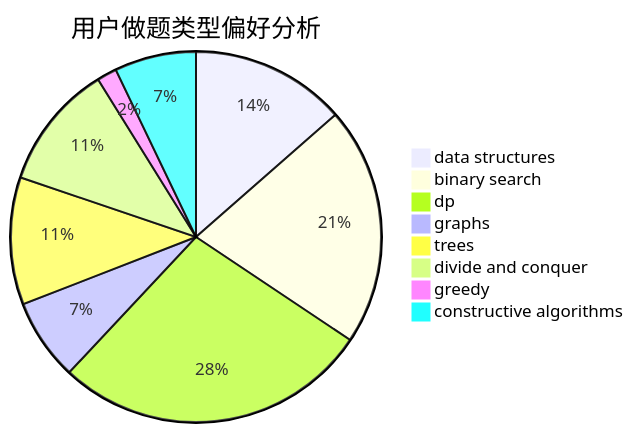
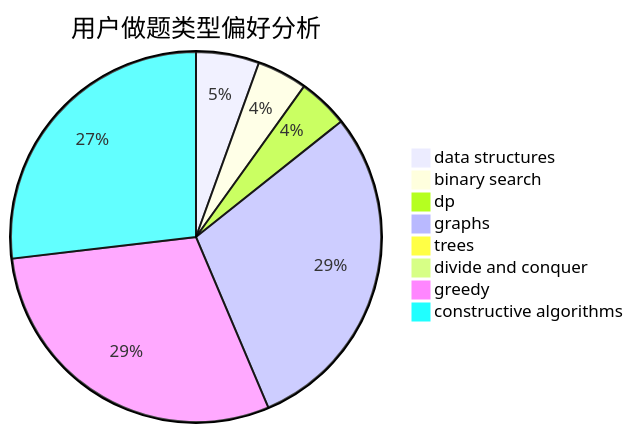
One commit to sherpahu/cfrs.github.io changed the second of 3 diagrams in docs/user/u478.md. Above: the diagram before and after it, drawn with Mermaid. The commit also changed other lines of this file and 2770 other files, not shown here.

````diff
--- a/docs/user/u478.md
+++ b/docs/user/u478.md
@@ -23,11 +23,11 @@
 ```mermaid
 pie title 用户做题类型偏好分析
-    "data structures" :  78
-    "binary search" :  120
-    "dp" :  159
-    "graphs" :  41
-    "trees" :  64
-    "divide and conquer" :  63
-    "greedy" :  10
-    "constructive algorithms" :  41
+    "data structures" :  54
+    "binary search" :  43
+    "dp" :  43
+    "graphs" :  287
+    "trees" :  8
+    "divide and conquer" :  0
+    "greedy" :  289
+    "constructive algorithms" :  263
 ```
````
